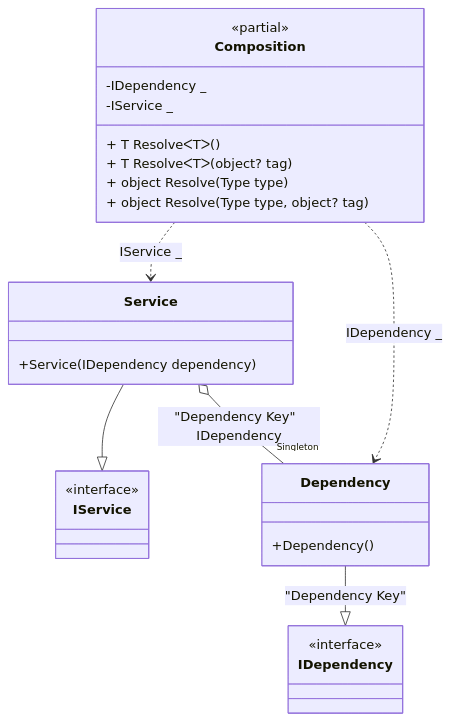
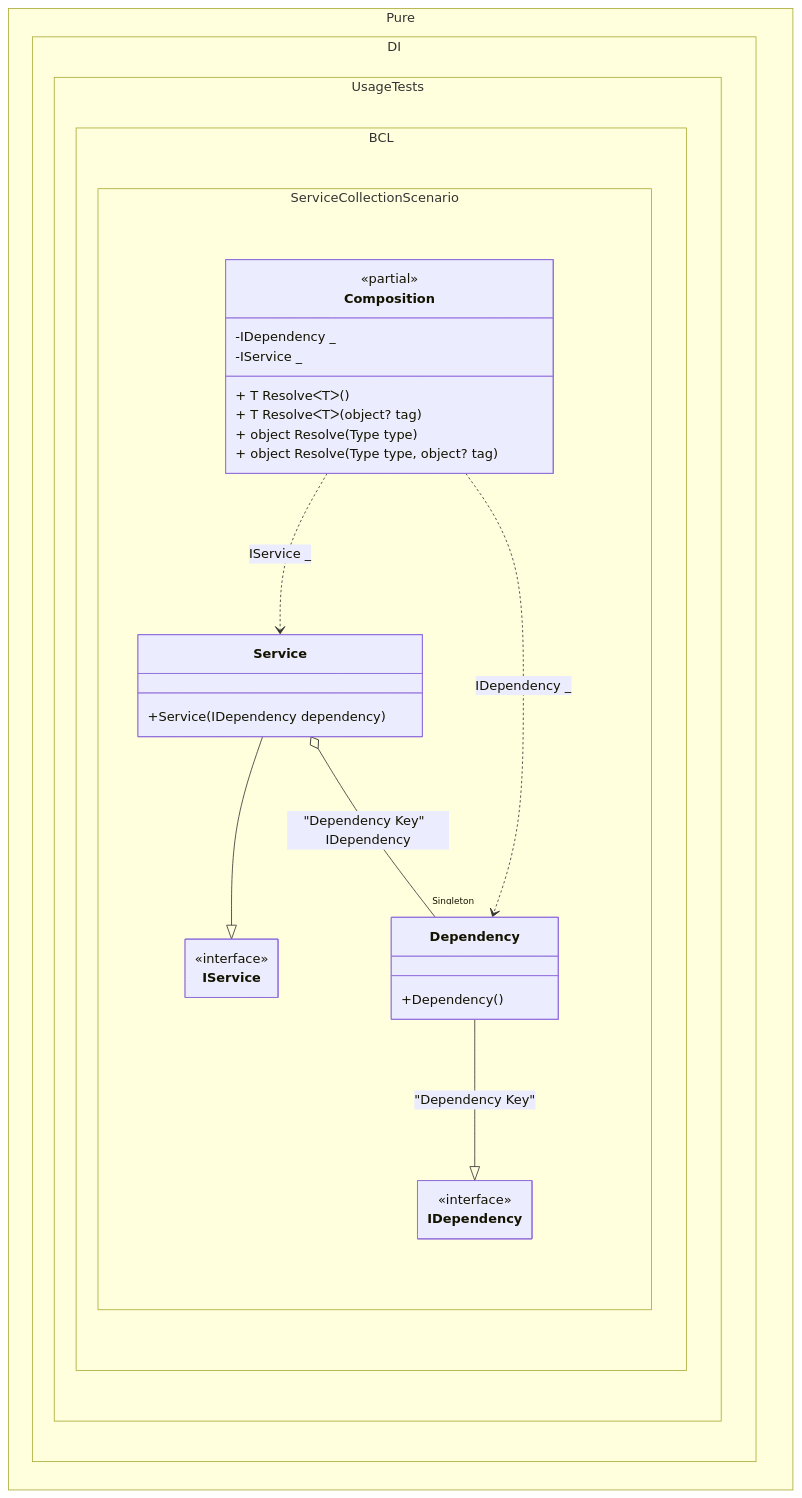
The diagram in readme/service-collection.md (DevTeam/Pure.DI), drawn with Mermaid before and after one commit. The commit also changed 103 other files, not shown here.

Commit message:
Improved class diagrams

````diff
--- a/readme/service-collection.md
+++ b/readme/service-collection.md
@@ -251,29 +251,36 @@
 ```mermaid
+---
+ config:
+  class:
+   hideEmptyMembersBox: true
+---
 classDiagram
-	class Composition {
+	Service --|> IService
+	Dependency --|> IDependency : "Dependency Key" 
+	Composition ..> Service : IService _
+	Composition ..> Dependency : IDependency _
+	Service o-- "Singleton" Dependency : "Dependency Key"  IDependency
+	namespace Pure.DI.UsageTests.BCL.ServiceCollectionScenario {
+		class Composition {
 		<<partial>>
 		-IDependency _
 		-IService _
 		+ T ResolveᐸTᐳ()
 		+ T ResolveᐸTᐳ(object? tag)
 		+ object Resolve(Type type)
 		+ object Resolve(Type type, object? tag)
+		}
+		class Dependency {
+			+Dependency()
+		}
+		class IDependency {
+			<<interface>>
+		}
+		class IService {
+			<<interface>>
+		}
+		class Service {
+			+Service(IDependency dependency)
+		}
 	}
-	Service --|> IService
-	class Service {
-		+Service(IDependency dependency)
-	}
-	Dependency --|> IDependency : "Dependency Key" 
-	class Dependency {
-		+Dependency()
-	}
-	class IService {
-		<<interface>>
-	}
-	class IDependency {
-		<<interface>>
-	}
-	Composition ..> Service : IService _
-	Composition ..> Dependency : IDependency _
-	Service o-- "Singleton" Dependency : "Dependency Key"  IDependency
 ```
````
